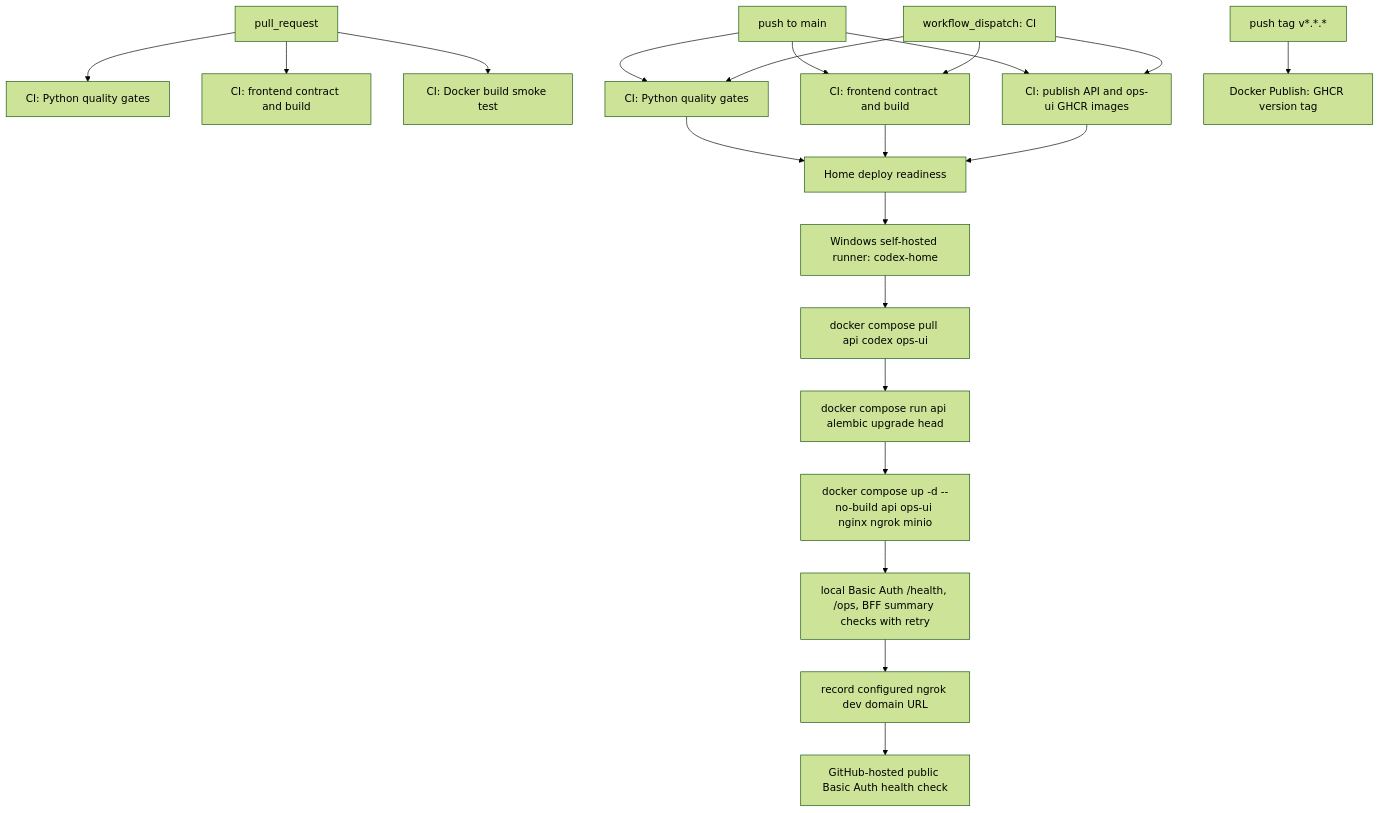
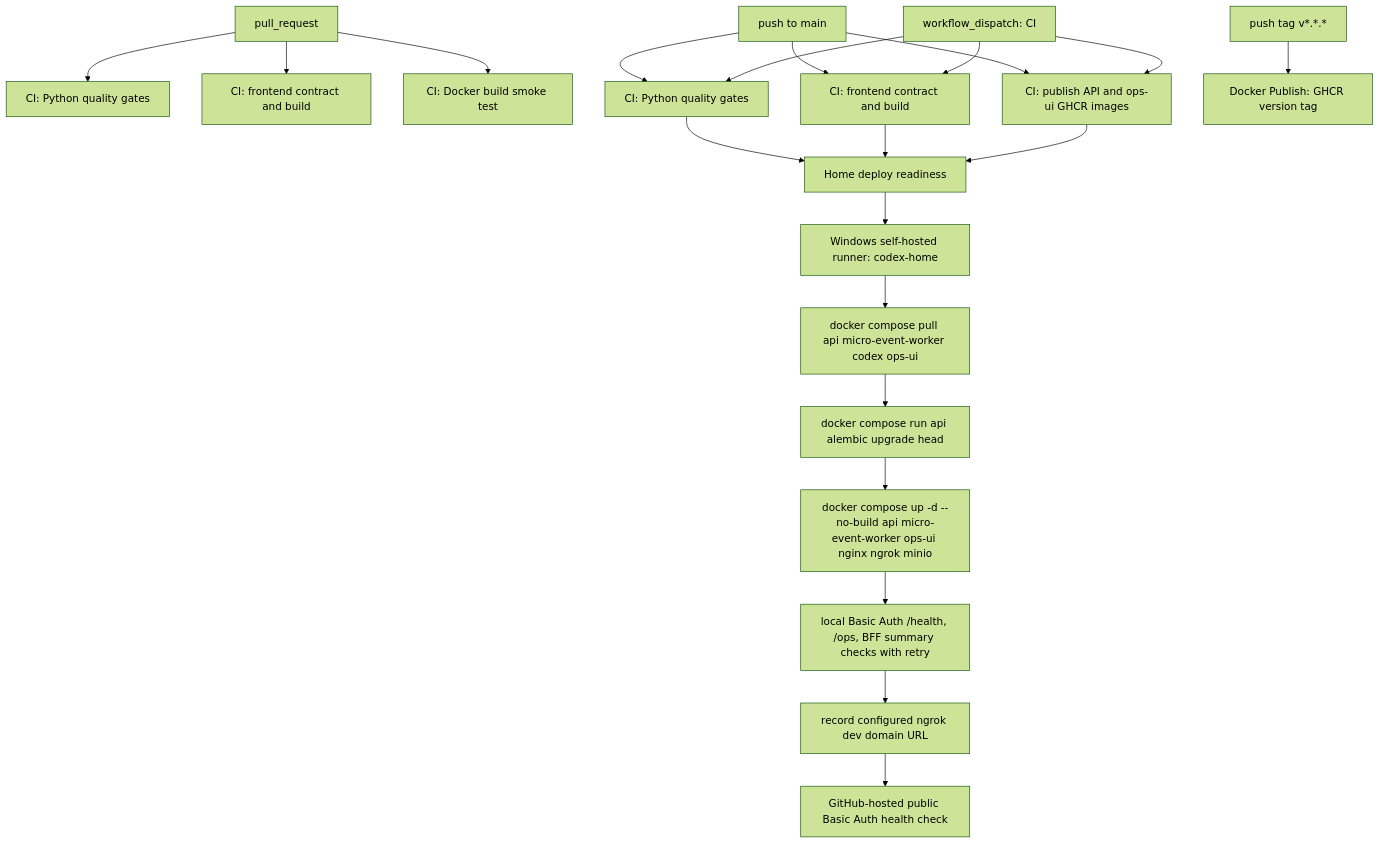
The first of 5 diagrams in docs/CICD.md (Mabaragi/codex-youtube-pipeline), drawn with Mermaid (forest theme) before and after one commit. The commit also changed other lines of this file and 24 other files, not shown here.

Commit message:
feat: add micro event queue worker

````diff
--- a/docs/CICD.md
+++ b/docs/CICD.md
@@ -16,26 +16,26 @@
 ```mermaid
 flowchart TD
     PR["pull_request"] --> QualityPR["CI: Python quality gates"]
     PR --> FrontendPR["CI: frontend contract and build"]
     PR --> DockerPR["CI: Docker build smoke test"]
 
     Main["push to main"] --> QualityMain["CI: Python quality gates"]
     Main --> FrontendMain["CI: frontend contract and build"]
     Main --> PublishMain["CI: publish API and ops-ui GHCR images"]
 
     QualityMain --> Preflight["Home deploy readiness"]
     FrontendMain --> Preflight
     PublishMain --> Preflight
     Preflight --> HomeRunner["Windows self-hosted runner: codex-home"]
-    HomeRunner --> PullImages["docker compose pull api codex ops-ui"]
+    HomeRunner --> PullImages["docker compose pull api micro-event-worker codex ops-ui"]
     PullImages --> Migration["docker compose run api alembic upgrade head"]
-    Migration --> ComposeDeploy["docker compose up -d --no-build api ops-ui nginx ngrok minio"]
+    Migration --> ComposeDeploy["docker compose up -d --no-build api micro-event-worker ops-ui nginx ngrok minio"]
     ComposeDeploy --> LocalHealth["local Basic Auth /health, /ops, BFF summary checks with retry"]
     LocalHealth --> CaptureUrl["record configured ngrok dev domain URL"]
     CaptureUrl --> PublicHealth["GitHub-hosted public Basic Auth health check"]
 
     Tag["push tag v*.*.*"] --> PublishTag["Docker Publish: GHCR version tag"]
     Manual["workflow_dispatch: CI"] --> QualityMain
     Manual --> FrontendMain
     Manual --> PublishMain
 ```
````
